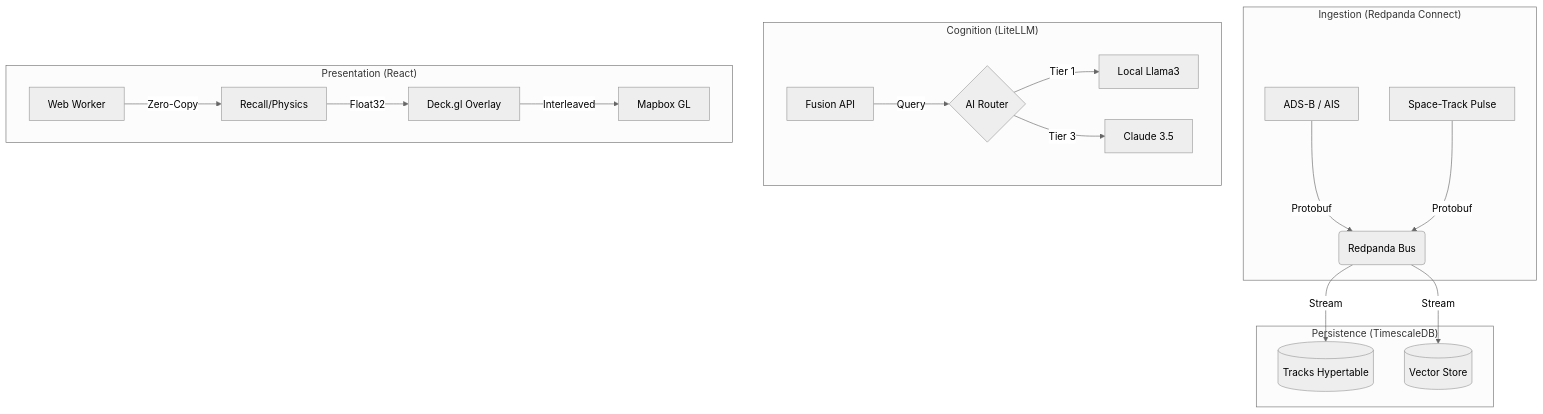
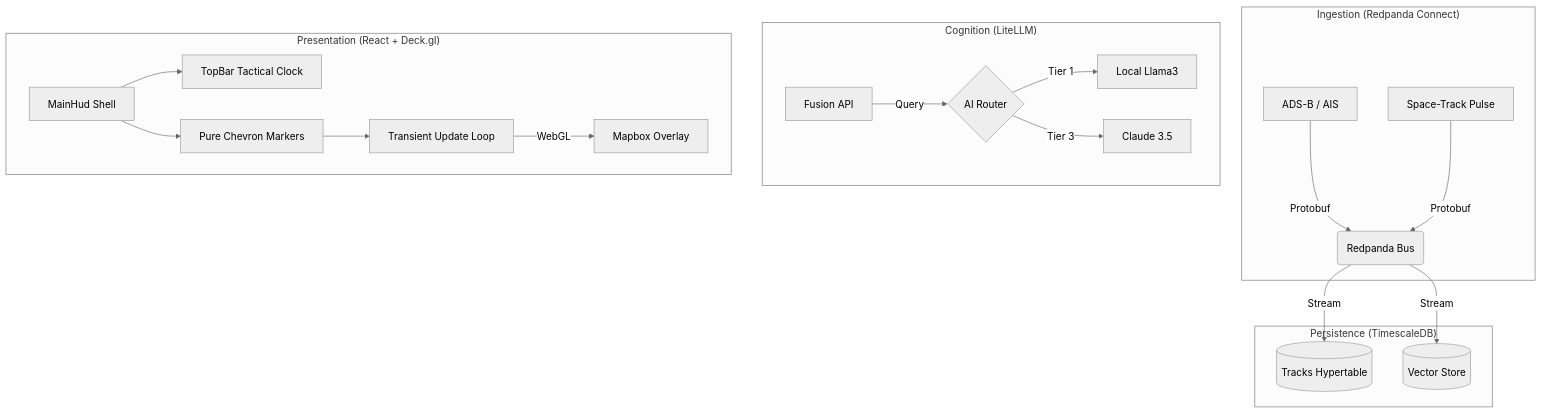
One commit to d3mocide/Sovereign_Watch changed the diagram in README.md. Above: the diagram before and after it, drawn with Mermaid (neutral theme). The commit also changed other lines of this file, not shown here.

Commit message:
docs: update readme with chevron-first architecture and hud details

````diff
--- a/README.md
+++ b/README.md
@@ -39,24 +39,25 @@
 ```mermaid
 graph TD
     subgraph "Ingestion (Redpanda Connect)"
         A[ADS-B / AIS] -->|Protobuf| B(Redpanda Bus)
         C[Space-Track Pulse] -->|Protobuf| B
     end
 
     subgraph "Persistence (TimescaleDB)"
         B -->|Stream| D[(Tracks Hypertable)]
         B -->|Stream| E[(Vector Store)]
     end
 
     subgraph "Cognition (LiteLLM)"
         F[Fusion API] -->|Query| G{AI Router}
         G -->|Tier 1| H[Local Llama3]
         G -->|Tier 3| I[Claude 3.5]
     end
 
-    subgraph "Presentation (React)"
-        J[Web Worker] -->|Zero-Copy| K[Recall/Physics]
-        K -->|Float32| L[Deck.gl Overlay]
-        L -->|Interleaved| M[Mapbox GL]
+    subgraph "Presentation (React + Deck.gl)"
+        J[MainHud Shell] --> K[TopBar Tactical Clock]
+        J --> L[Pure Chevron Markers]
+        L --> M[Transient Update Loop]
+        M -->|WebGL| N[Mapbox Overlay]
     end
 ```
````
